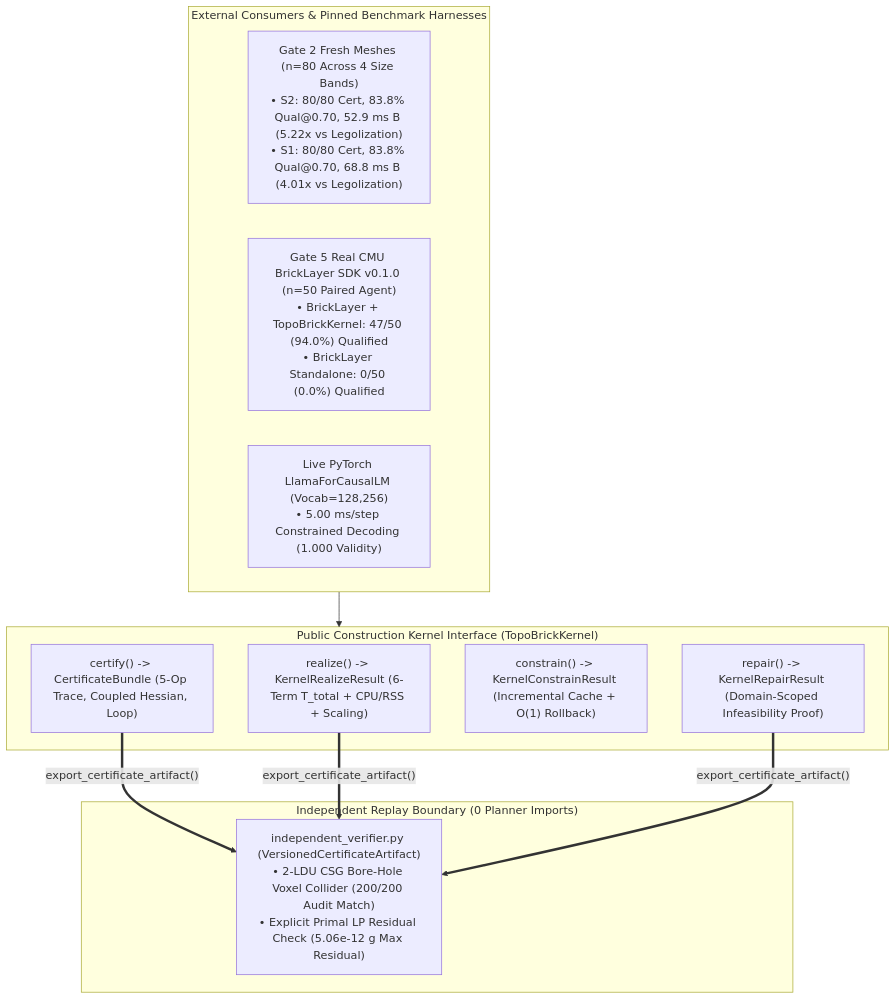
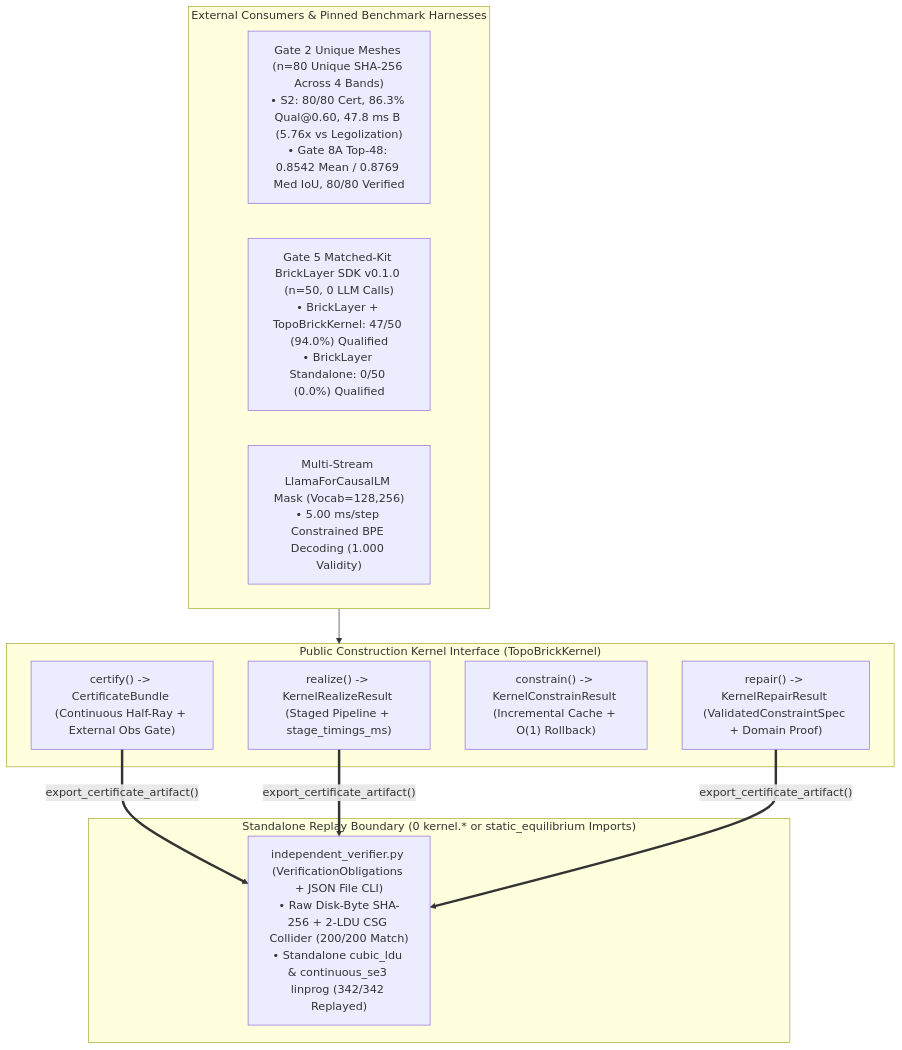
One commit to jacobrsullivan/topographical-tensors changed the diagram in docs/system-architecture-and-interfaces.md. Above: the diagram before and after it, drawn with Mermaid. The commit also changed other lines of this file and 55 other files, not shown here.

````diff
--- a/docs/system-architecture-and-interfaces.md
+++ b/docs/system-architecture-and-interfaces.md
@@ -27,22 +27,22 @@
 ```mermaid
 flowchart TD
     subgraph ExternalCallers["External Consumers & Pinned Benchmark Harnesses"]
-        Gate2["Gate 2 Fresh Meshes (n=80 Across 4 Size Bands)\n• S2: 80/80 Cert, 83.8% Qual@0.70, 52.9 ms B (5.22x vs Legolization)\n• S1: 80/80 Cert, 83.8% Qual@0.70, 68.8 ms B (4.01x vs Legolization)"]
-        Gate5["Gate 5 Real CMU BrickLayer SDK v0.1.0 (n=50 Paired Agent)\n• BrickLayer + TopoBrickKernel: 47/50 (94.0%) Qualified\n• BrickLayer Standalone: 0/50 (0.0%) Qualified"]
-        GenLLM["Live PyTorch LlamaForCausalLM (Vocab=128,256)\n• 5.00 ms/step Constrained Decoding (1.000 Validity)"]
+        Gate2["Gate 2 Unique Meshes (n=80 Unique SHA-256 Across 4 Bands)\n• S2: 80/80 Cert, 86.3% Qual@0.60, 47.8 ms B (5.76x vs Legolization)\n• Gate 8A Top-48: 0.8542 Mean / 0.8769 Med IoU, 80/80 Verified"]
+        Gate5["Gate 5 Matched-Kit BrickLayer SDK v0.1.0 (n=50, 0 LLM Calls)\n• BrickLayer + TopoBrickKernel: 47/50 (94.0%) Qualified\n• BrickLayer Standalone: 0/50 (0.0%) Qualified"]
+        GenLLM["Multi-Stream LlamaForCausalLM Mask (Vocab=128,256)\n• 5.00 ms/step Constrained BPE Decoding (1.000 Validity)"]
     end
 
     subgraph KernelAPI["Public Construction Kernel Interface (TopoBrickKernel)"]
-        R_API["realize() -> KernelRealizeResult (6-Term T_total + CPU/RSS + Scaling)"]
-        C_API["certify() -> CertificateBundle (5-Op Trace, Coupled Hessian, Loop)"]
+        R_API["realize() -> KernelRealizeResult (Staged Pipeline + stage_timings_ms)"]
+        C_API["certify() -> CertificateBundle (Continuous Half-Ray + External Obs Gate)"]
         M_API["constrain() -> KernelConstrainResult (Incremental Cache + O(1) Rollback)"]
-        F_API["repair() -> KernelRepairResult (Domain-Scoped Infeasibility Proof)"]
+        F_API["repair() -> KernelRepairResult (ValidatedConstraintSpec + Domain Proof)"]
     end
 
-    subgraph IndependentAudit["Independent Replay Boundary (0 Planner Imports)"]
-        Indep["independent_verifier.py (VersionedCertificateArtifact)\n• 2-LDU CSG Bore-Hole Voxel Collider (200/200 Audit Match)\n• Explicit Primal LP Residual Check (5.06e-12 g Max Residual)"]
+    subgraph IndependentAudit["Standalone Replay Boundary (0 kernel.* or static_equilibrium Imports)"]
+        Indep["independent_verifier.py (VerificationObligations + JSON File CLI)\n• Raw Disk-Byte SHA-256 + 2-LDU CSG Collider (200/200 Match)\n• Standalone cubic_ldu & continuous_se3 linprog (342/342 Replayed)"]
     end
 
     ExternalCallers --> KernelAPI
     C_API & R_API & F_API ==>|"export_certificate_artifact()"| Indep
 ```
````
